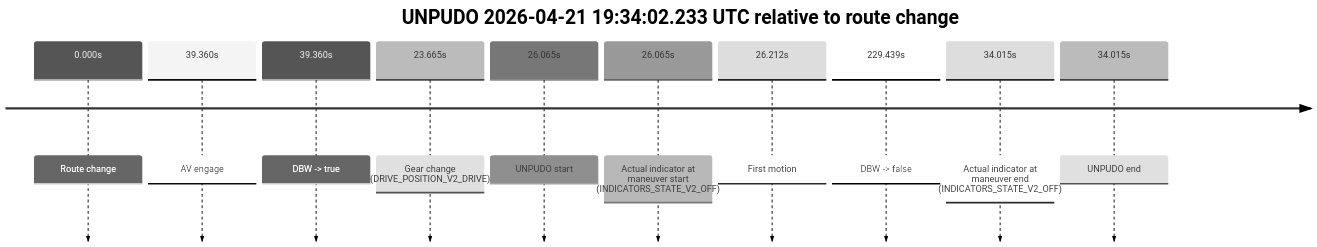
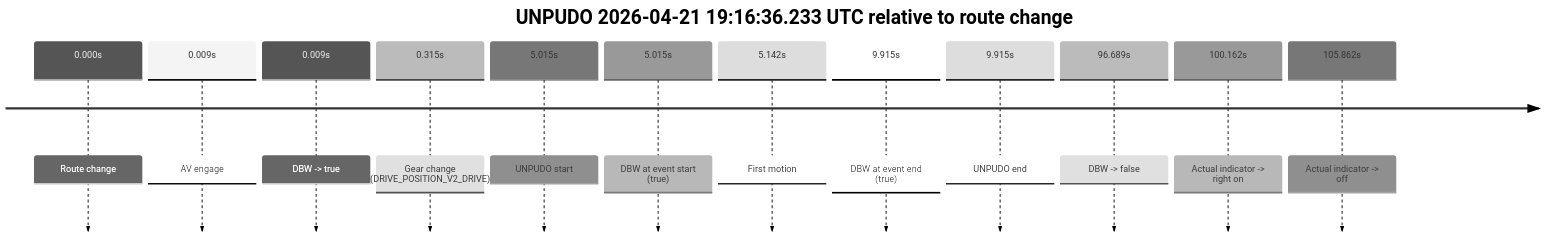
One commit to yoelshapiro/vault changed the fifth of 7 diagrams in model_analysis/report_cards/2026/04/Week-4/fme20032--2026-04-21--18-23-00--gen2-av-5253201b-b649-42e7-aa5e-a64306a66558.md. Above: the diagram before and after it, drawn with Mermaid (neutral theme). The commit also changed other lines of this file, not shown here.

````diff
--- a/model_analysis/report_cards/2026/04/Week-4/fme20032--2026-04-21--18-23-00--gen2-av-5253201b-b649-42e7-aa5e-a64306a66558.md
+++ b/model_analysis/report_cards/2026/04/Week-4/fme20032--2026-04-21--18-23-00--gen2-av-5253201b-b649-42e7-aa5e-a64306a66558.md
@@ -559,14 +407,16 @@
 ```mermaid
 timeline
-    title UNPUDO 2026-04-21 19:34:02.233 UTC relative to route change
+    title UNPUDO 2026-04-21 19:16:36.233 UTC relative to route change
     0.000s : Route change
-    39.360s : AV engage
-    39.360s : DBW -> true
-    23.665s : Gear change (DRIVE_POSITION_V2_DRIVE)
-    26.065s : UNPUDO start
-    26.065s : Actual indicator at maneuver start (INDICATORS_STATE_V2_OFF)
-    26.212s : First motion
-    229.439s : DBW -> false
-    34.015s : Actual indicator at maneuver end (INDICATORS_STATE_V2_OFF)
-    34.015s : UNPUDO end
+    0.009s : AV engage
+    0.009s : DBW -> true
+    0.315s : Gear change (DRIVE_POSITION_V2_DRIVE)
+    5.015s : UNPUDO start
+    5.015s : DBW at event start (true)
+    5.142s : First motion
+    9.915s : DBW at event end (true)
+    9.915s : UNPUDO end
+    96.689s : DBW -> false
+    100.162s : Actual indicator -> right on
+    105.862s : Actual indicator -> off
 ```
````
